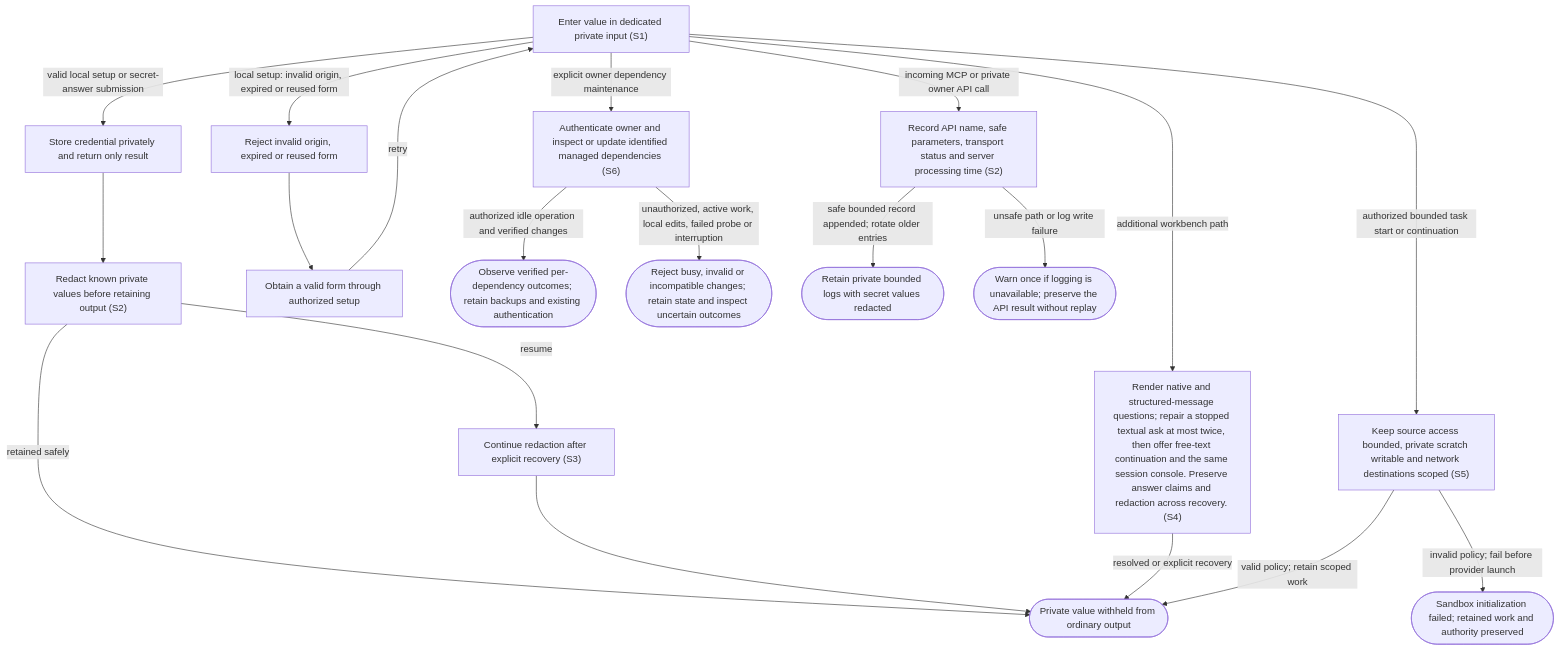
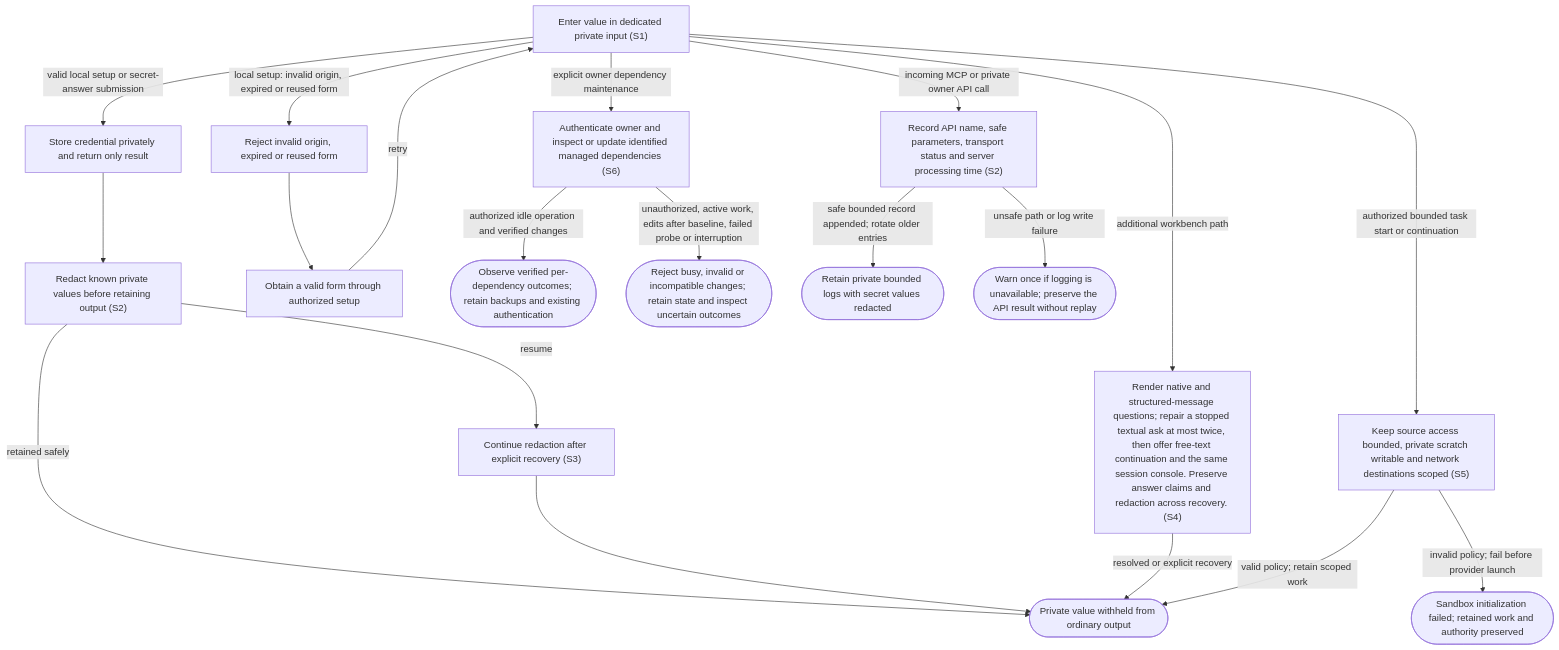
One commit to dk-code-factory/code-factory-plugin changed the diagram in docs/user-flows/protect-secrets.md. Above: the diagram before and after it, drawn with Mermaid. The commit also changed other lines of this file and 27 other files, not shown here.

````diff
--- a/docs/user-flows/protect-secrets.md
+++ b/docs/user-flows/protect-secrets.md
@@ -51,38 +51,38 @@
 ```mermaid
 flowchart TD
     N0["Enter value in dedicated private input #40;S1#41;"]
     N1["Store credential privately and return only result"]
     N2["Redact known private values before retaining output #40;S2#41;"]
     N3["Continue redaction after explicit recovery #40;S3#41;"]
     N4["Reject invalid origin, expired or reused form"]
     N5["Obtain a valid form through authorized setup"]
     N6(["Private value withheld from ordinary output"])
     N7["Render native and structured-message questions#59; repair a stopped textual ask at most twice, then offer free-text continuation and the same session console. Preserve answer claims and redaction across recovery. #40;S4#41;"]
     N8["Keep source access bounded, private scratch writable and network destinations scoped #40;S5#41;"]
     N9(["Sandbox initialization failed#59; retained work and authority preserved"])
     N10["Authenticate owner and inspect or update identified managed dependencies #40;S6#41;"]
     N11(["Observe verified per-dependency outcomes#59; retain backups and existing authentication"])
     N12(["Reject busy, invalid or incompatible changes#59; retain state and inspect uncertain outcomes"])
     N13["Record API name, safe parameters, transport status and server processing time #40;S2#41;"]
     N14(["Retain private bounded logs with secret values redacted"])
     N15(["Warn once if logging is unavailable#59; preserve the API result without replay"])
     N0 -->|"valid local setup or secret-answer submission"| N1
     N0 -->|"local setup: invalid origin, expired or reused form"| N4
     N4 --> N5
     N5 -->|"retry"| N0
     N1 --> N2
     N2 -->|"resume"| N3
     N2 -->|"retained safely"| N6
     N3 --> N6
     N0 -->|"additional workbench path"| N7
     N7 -->|"resolved or explicit recovery"| N6
     N0 -->|"authorized bounded task start or continuation"| N8
     N8 -->|"valid policy#59; retain scoped work"| N6
     N8 -->|"invalid policy#59; fail before provider launch"| N9
     N0 -->|"explicit owner dependency maintenance"| N10
     N10 -->|"authorized idle operation and verified changes"| N11
-    N10 -->|"unauthorized, active work, local edits, failed probe or interruption"| N12
+    N10 -->|"unauthorized, active work, edits after baseline, failed probe or interruption"| N12
     N0 -->|"incoming MCP or private owner API call"| N13
     N13 -->|"safe bounded record appended#59; rotate older entries"| N14
     N13 -->|"unsafe path or log write failure"| N15
 ```
````
